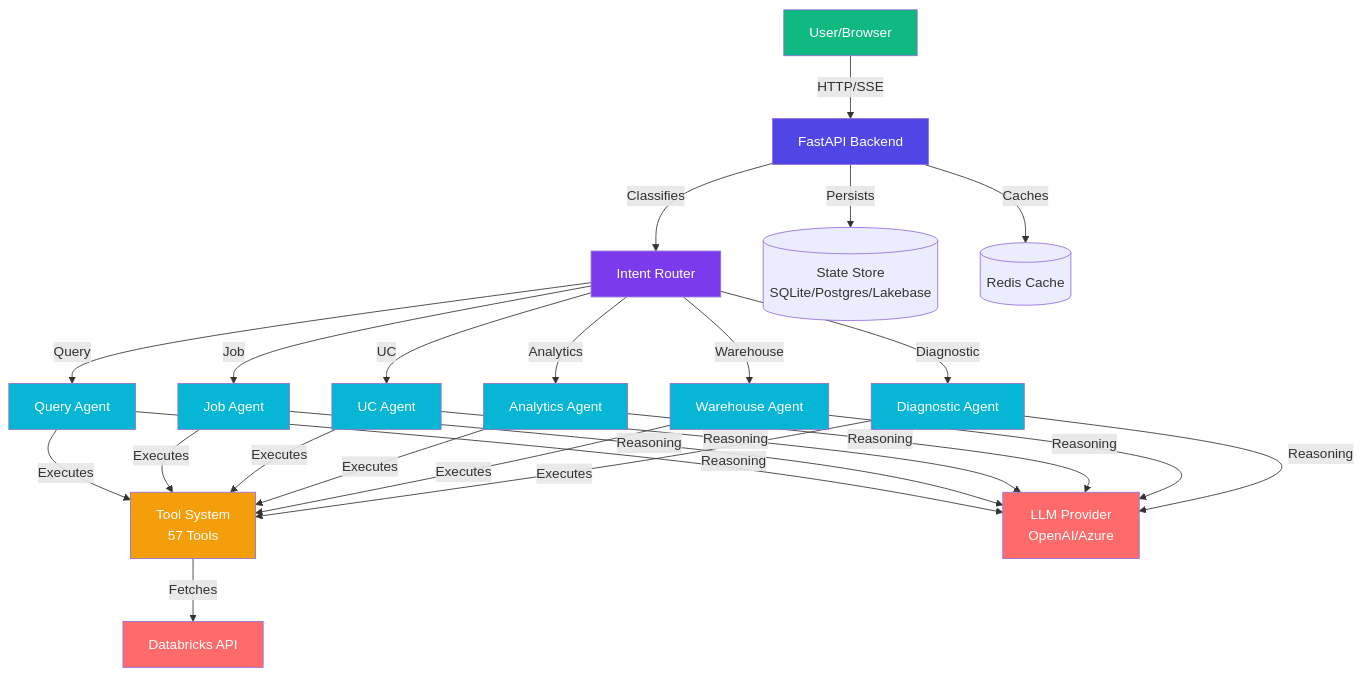
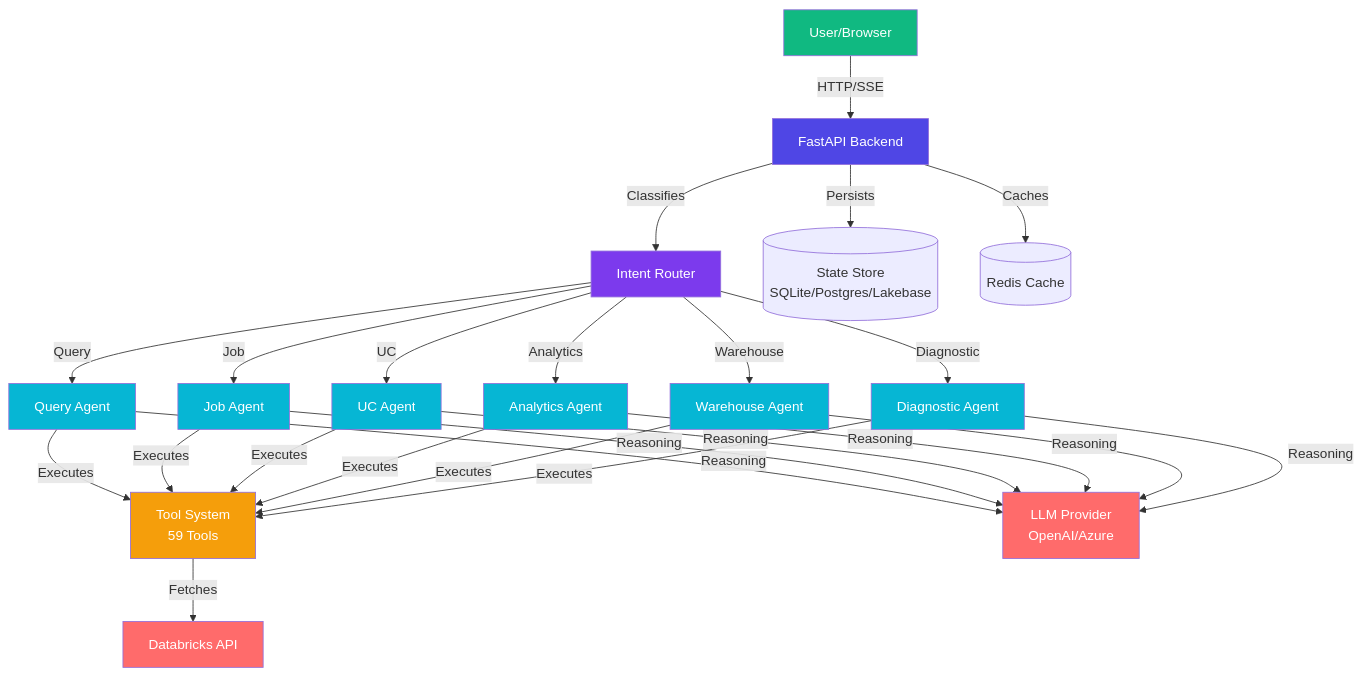
One commit to bluewatersql/starboard changed the diagram in docs/diagrams/source/architecture/system-overview.mmd. Above: the diagram before and after it, drawn with Mermaid. The commit also changed 29 other files, not shown here.

```diff
--- a/docs/diagrams/source/architecture/system-overview.mmd
+++ b/docs/diagrams/source/architecture/system-overview.mmd
@@ -1,44 +1,44 @@
 %%{init: {'theme':'default', 'themeVariables': {'fontSize':'16px'}}}%%
 
 graph TB
     User[User/Browser] -->|HTTP/SSE| API[FastAPI Backend]
     API -->|Classifies| Router[Intent Router]
     
     Router -->|Query| QueryAgent[Query Agent]
     Router -->|Job| JobAgent[Job Agent]
     Router -->|UC| UCAgent[UC Agent]
     Router -->|Analytics| AnalyticsAgent[Analytics Agent]
     Router -->|Warehouse| WarehouseAgent[Warehouse Agent]
     Router -->|Diagnostic| DiagAgent[Diagnostic Agent]
     
-    QueryAgent -->|Executes| Tools[Tool System<br/>57 Tools]
+    QueryAgent -->|Executes| Tools[Tool System<br/>59 Tools]
     JobAgent -->|Executes| Tools
     UCAgent -->|Executes| Tools
     AnalyticsAgent -->|Executes| Tools
     WarehouseAgent -->|Executes| Tools
     DiagAgent -->|Executes| Tools
     
     Tools -->|Fetches| Databricks[Databricks API]
     
     QueryAgent -->|Reasoning| LLMProvider[LLM Provider<br/>OpenAI/Azure]
     JobAgent -->|Reasoning| LLMProvider
     UCAgent -->|Reasoning| LLMProvider
     AnalyticsAgent -->|Reasoning| LLMProvider
     WarehouseAgent -->|Reasoning| LLMProvider
     DiagAgent -->|Reasoning| LLMProvider
     
     API -->|Persists| StateStore[(State Store<br/>SQLite/Postgres/Lakebase)]
     API -->|Caches| Cache[(Redis Cache)]
     
     style User fill:#10b981,color:#fff
     style API fill:#4f46e5,color:#fff
     style Router fill:#7c3aed,color:#fff
     style QueryAgent fill:#06b6d4,color:#fff
     style JobAgent fill:#06b6d4,color:#fff
     style UCAgent fill:#06b6d4,color:#fff
     style AnalyticsAgent fill:#06b6d4,color:#fff
     style WarehouseAgent fill:#06b6d4,color:#fff
     style DiagAgent fill:#06b6d4,color:#fff
     style Tools fill:#f59e0b,color:#fff
     style Databricks fill:#ff6b6b,color:#fff
     style LLMProvider fill:#ff6b6b,color:#fff
```
